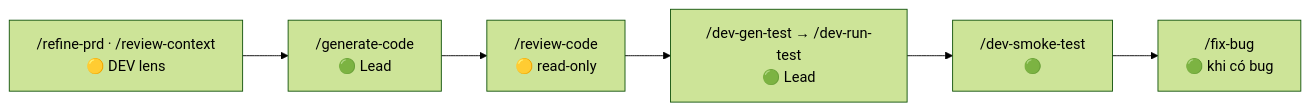
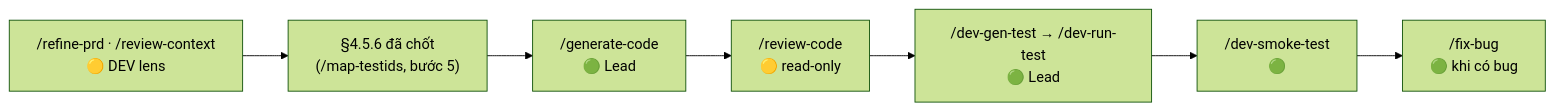
Before and after one commit to duclm2/sdd-guide: the diagram in 03-guides/developer.md, drawn with Mermaid (forest theme). The commit also changed other lines of this file and 35 other files, not shown here.

````diff
--- a/03-guides/developer.md
+++ b/03-guides/developer.md
@@ -11,8 +11,9 @@
 ```mermaid
 flowchart LR
-    R["/refine-prd · /review-context<br/>🟡 DEV lens"] --> G["/generate-code<br/>🟢 Lead"]
+    R["/refine-prd · /review-context<br/>🟡 DEV lens"] --> M["§4.5.6 đã chốt<br/>(/map-testids, bước 5)"]
+    M --> G["/generate-code<br/>🟢 Lead"]
     G --> RC["/review-code<br/>🟡 read-only"]
     RC --> T["/dev-gen-test → /dev-run-test<br/>🟢 Lead"]
     T --> S["/dev-smoke-test<br/>🟢"]
     S --> FX["/fix-bug<br/>🟢 khi có bug"]
 ```
````
